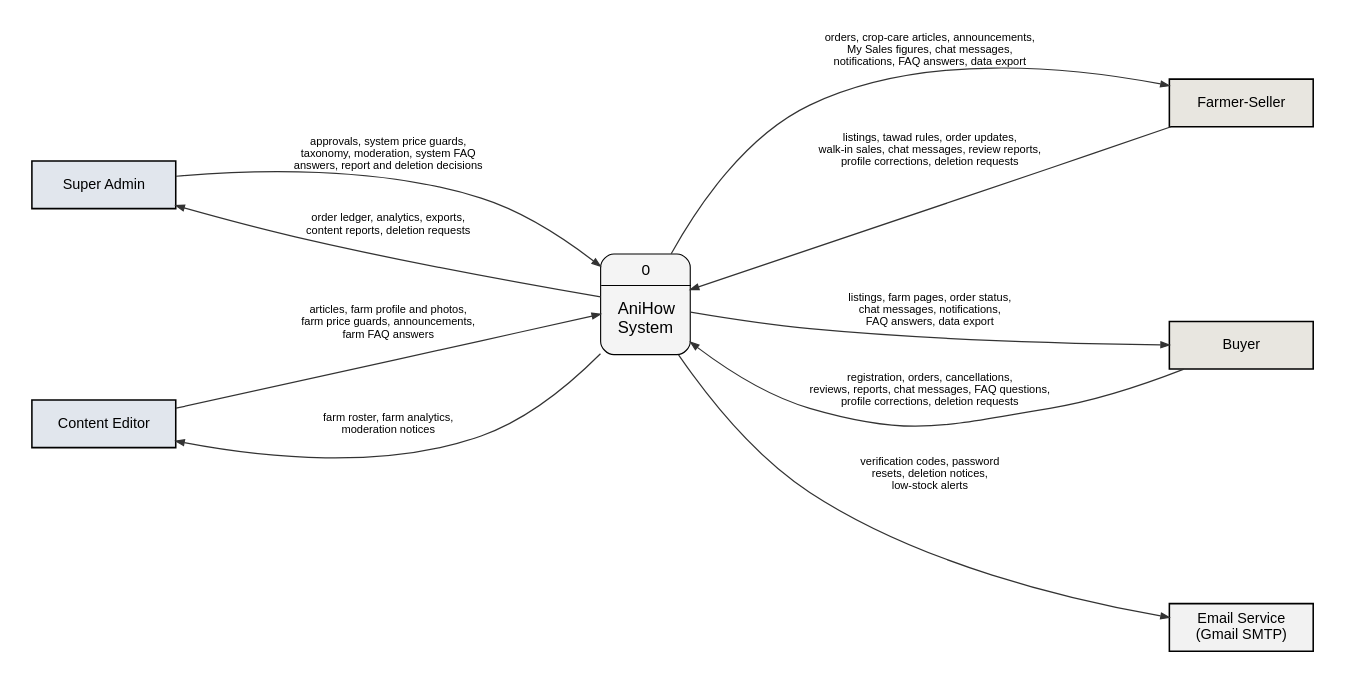
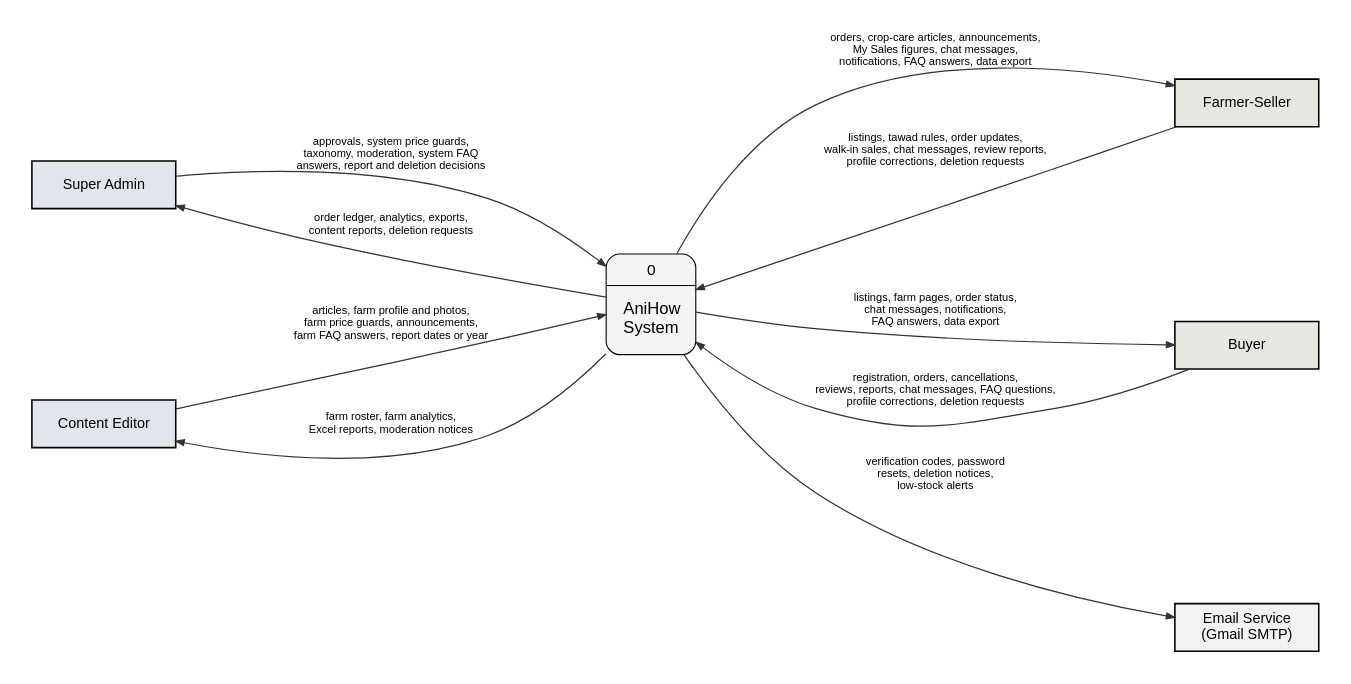
The diagram in docs/manuscript/figures/src/fig6_context_dfd.dot (shawncastaneda11-commits/anihow-backend), drawn with Graphviz before and after one commit. The commit also changed 16 other files, not shown here.

First line of the commit message:
Show the Content Editor's Excel reports in the manuscript figures

```diff
--- a/docs/manuscript/figures/src/fig6_context_dfd.dot
+++ b/docs/manuscript/figures/src/fig6_context_dfd.dot
@@ -1,34 +1,34 @@
 // Figure 6. Context diagram (data flow diagram, level 0) of AniHow (v3.5), Gane-Sarson notation.
 digraph G {
   graph [rankdir=LR, nodesep=1.5, ranksep=3.0, pad=0.3, fontname="Liberation Sans", newrank=true, splines=true];
   node  [fontname="Liberation Sans", fontsize=13];
   edge  [penwidth=1.1, arrowsize=0.75, color="#333333", fontname="Liberation Sans", fontsize=10];
 
   node [shape=box, style="filled", penwidth=1.4, width=1.8, height=0.6];
   sa [label="Super Admin",    fillcolor="#E1E6ED"];
   ce [label="Content Editor", fillcolor="#E1E6ED"];
   fs [label="Farmer-Seller",  fillcolor="#E8E6E0"];
   by [label="Buyer",          fillcolor="#E8E6E0"];
   em [label="Email Service\n(Gmail SMTP)", fillcolor="#F2F2F2"];
 
   sys [shape=plaintext, style="", fillcolor=none, width=0, height=0, margin=0, label=<<TABLE STYLE="ROUNDED" BORDER="1" CELLBORDER="0" CELLSPACING="0" CELLPADDING="6" BGCOLOR="#F4F4F4">
        <TR><TD><FONT POINT-SIZE="14">0</FONT></TD></TR><HR/>
        <TR><TD CELLPADDING="14"><FONT POINT-SIZE="15">AniHow<BR/>System</FONT></TD></TR></TABLE>>];
 
   sa -> sys [label="approvals, system price guards,\ntaxonomy, moderation, system FAQ\nanswers, report and deletion decisions"];
   sys -> sa [label="order ledger, analytics, exports,\ncontent reports, deletion requests"];
 
-  ce -> sys [label="articles, farm profile and photos,\nfarm price guards, announcements,\nfarm FAQ answers"];
-  sys -> ce [label="farm roster, farm analytics,\nmoderation notices"];
+  ce -> sys [label="articles, farm profile and photos,\nfarm price guards, announcements,\nfarm FAQ answers, report dates or year"];
+  sys -> ce [label="farm roster, farm analytics,\nExcel reports, moderation notices"];
 
   sys -> fs [label="orders, crop-care articles, announcements,\nMy Sales figures, chat messages,\nnotifications, FAQ answers, data export"];
   sys -> fs [dir=back, label="listings, tawad rules, order updates,\nwalk-in sales, chat messages, review reports,\nprofile corrections, deletion requests"];
 
   sys -> by [label="listings, farm pages, order status,\nchat messages, notifications,\nFAQ answers, data export"];
   sys -> by [dir=back, label="registration, orders, cancellations,\nreviews, reports, chat messages, FAQ questions,\nprofile corrections, deletion requests"];
 
   sys -> em [label="verification codes, password\nresets, deletion notices,\nlow-stock alerts"];
 
   {rank=same; sa ce}
   {rank=same; fs by em}
 }
```
